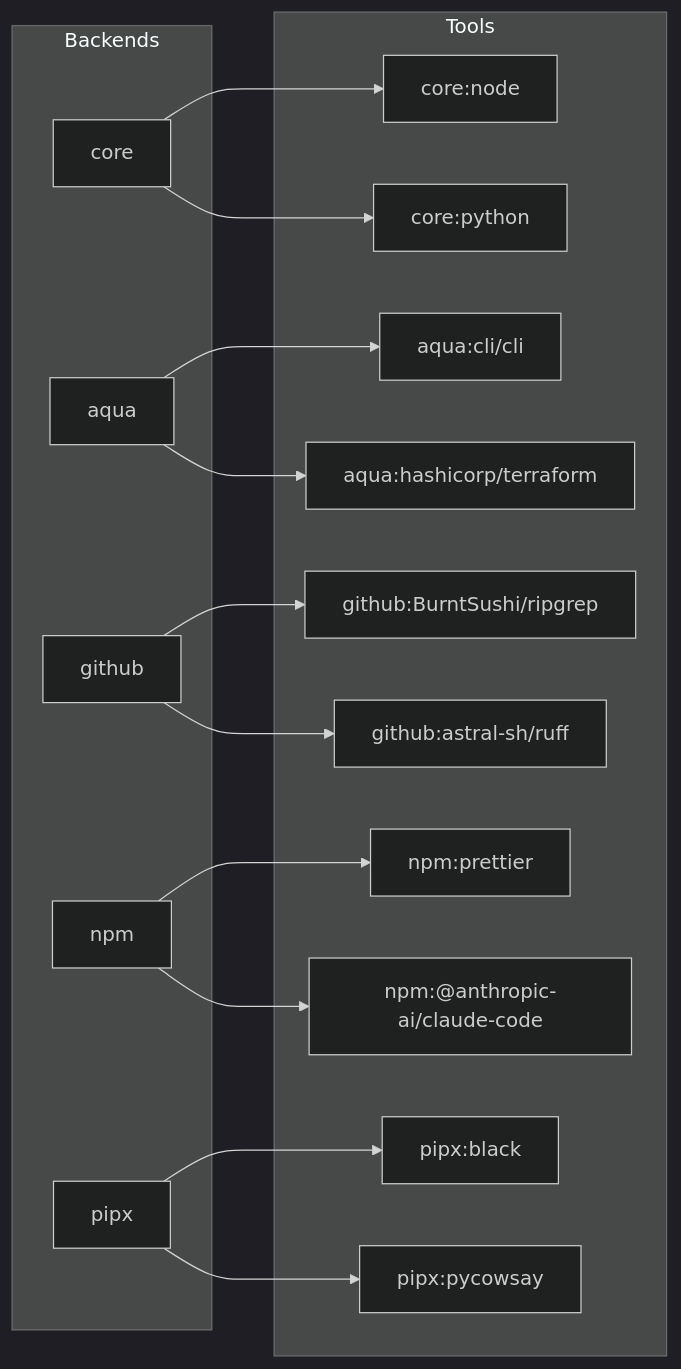
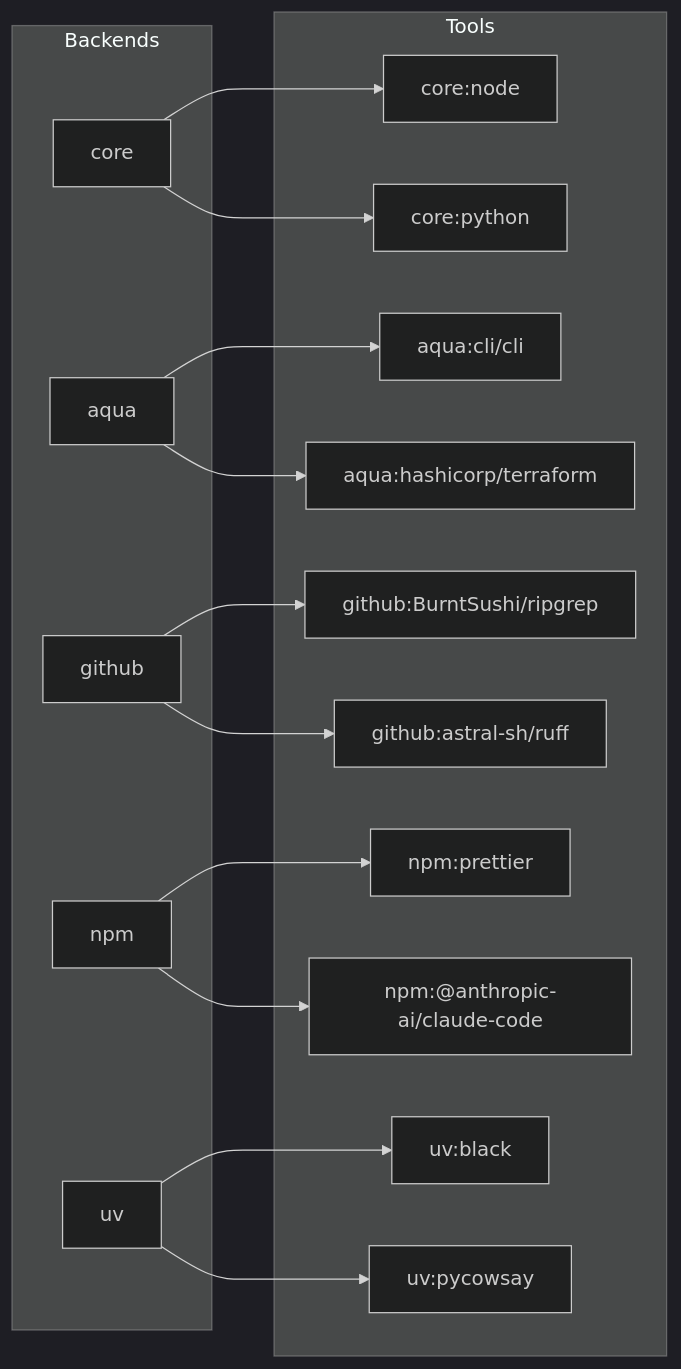
The diagram in docs/getting-started.md (jdx/mise), drawn with Mermaid (dark theme) before and after one commit. The commit also changed other lines of this file and 59 other files, not shown here.

````diff
--- a/docs/getting-started.md
+++ b/docs/getting-started.md
@@ -224,34 +224,34 @@
 ```mermaid
 flowchart LR
   subgraph Backends
     core
     aqua
     github
     npm
-    pipx
+    uv
   end
 
   core --> node["core:node"]
   core --> python["core:python"]
   aqua -->gh["aqua:cli/cli"]
   github -->ripgrep["github:BurntSushi/ripgrep"]
   github -->ruff["github:astral-sh/ruff"]
   npm --> prettier["npm:prettier"]
   npm --> claude_code["npm:@anthropic-ai/claude-code"]
-  pipx -->black["pipx:black"]
-  pipx -->pycowsay["pipx:pycowsay"]
+  uv -->black["uv:black"]
+  uv -->pycowsay["uv:pycowsay"]
   aqua -->terraform["aqua:hashicorp/terraform"]
 
   subgraph Tools
     node
     python
     gh
     ripgrep
     ruff
     prettier
     claude_code
     black
     pycowsay
     terraform
   end
 ```
````
